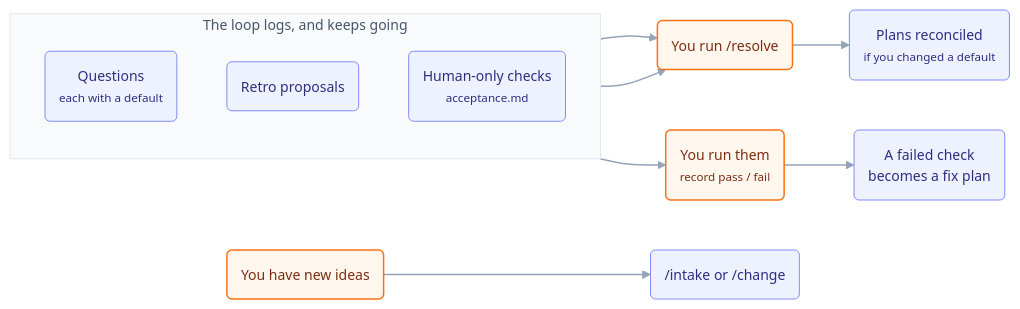
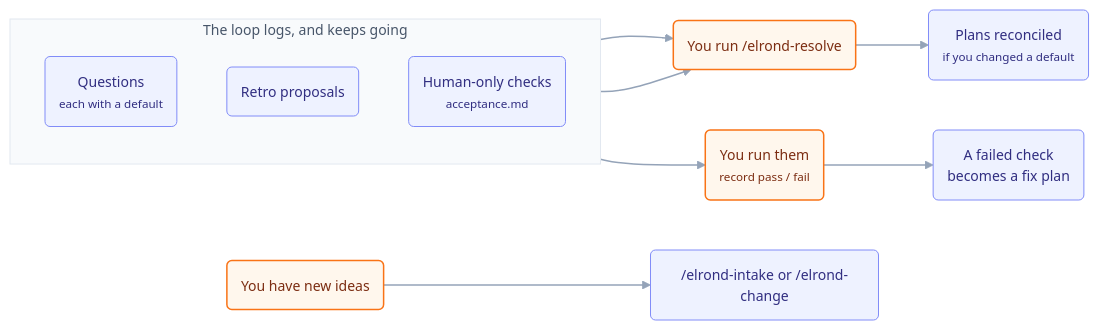
The fifth of 8 diagrams in elrond/README.md (llunde/lelstack), drawn with Mermaid before and after one commit. The commit also changed other lines of this file and 17 other files, not shown here.

````diff
--- a/elrond/README.md
+++ b/elrond/README.md
@@ -304,28 +304,28 @@
 ```mermaid
 %%{init: {"fontFamily": "-apple-system, BlinkMacSystemFont, Segoe UI, Helvetica, Arial, sans-serif", "theme": "base", "themeVariables": {"fontFamily": "-apple-system, BlinkMacSystemFont, Segoe UI, Helvetica, Arial, sans-serif", "fontSize": "14px", "primaryColor": "#FFFFFF", "primaryBorderColor": "#CBD5E1", "primaryTextColor": "#0F172A", "lineColor": "#94A3B8", "clusterBkg": "#F8FAFC", "clusterBorder": "#E2E8F0", "edgeLabelBackground": "#FFFFFF", "tertiaryColor": "#F8FAFC"}, "flowchart": {"curve": "basis", "padding": 14}}}%%
 flowchart LR
     subgraph LOOP["The loop logs, and keeps going"]
         direction TB
         Q("Questions<br/><small>each with a default</small>")
         RP("Retro proposals")
         AC("Human-only checks<br/><small>acceptance.md</small>")
     end
-    Q & RP --> RES("You run /resolve")
+    Q & RP --> RES("You run /elrond-resolve")
     AC --> YOU("You run them<br/><small>record pass / fail</small>")
     RES --> BACK("Plans reconciled<br/><small>if you changed a default</small>")
     YOU --> FIX("A failed check<br/>becomes a fix plan")
-    NEW("You have new ideas") --> INT("/intake or /change")
+    NEW("You have new ideas") --> INT("/elrond-intake or /elrond-change")
 
     classDef default fill:#FFFFFF,stroke:#CBD5E1,stroke-width:1px,color:#0F172A
     classDef you fill:#FFF7ED,stroke:#F97316,stroke-width:1.5px,color:#7C2D12
     classDef agent fill:#EEF2FF,stroke:#818CF8,stroke-width:1px,color:#312E81
     classDef check fill:#F0FDF4,stroke:#4ADE80,stroke-width:1px,color:#14532D
     classDef git fill:#FAF5FF,stroke:#C084FC,stroke-width:1px,color:#581C87
     classDef stop fill:#FEF2F2,stroke:#F87171,stroke-width:1px,color:#7F1D1D
     classDef done fill:#ECFDF5,stroke:#10B981,stroke-width:1.5px,color:#064E3B
     classDef lead fill:#312E81,stroke:#312E81,stroke-width:1px,color:#FFFFFF
     linkStyle default stroke-width:1.5px
     class RES,YOU,NEW you
     class Q,AC,RP,BACK,FIX,INT agent
     style LOOP fill:#F8FAFC,stroke:#E2E8F0,color:#475569
 ```
````
